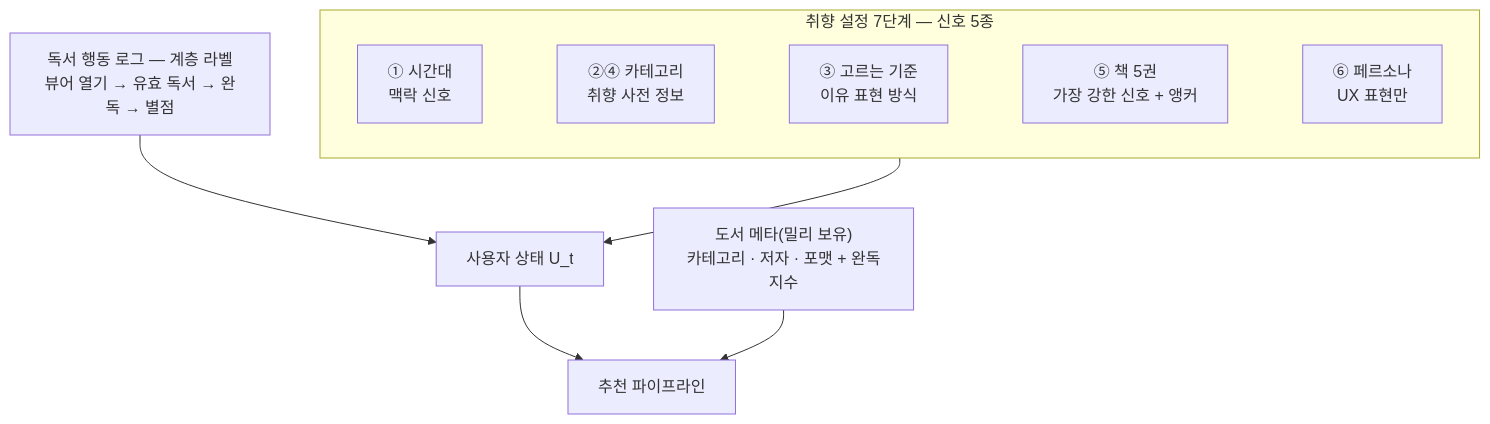
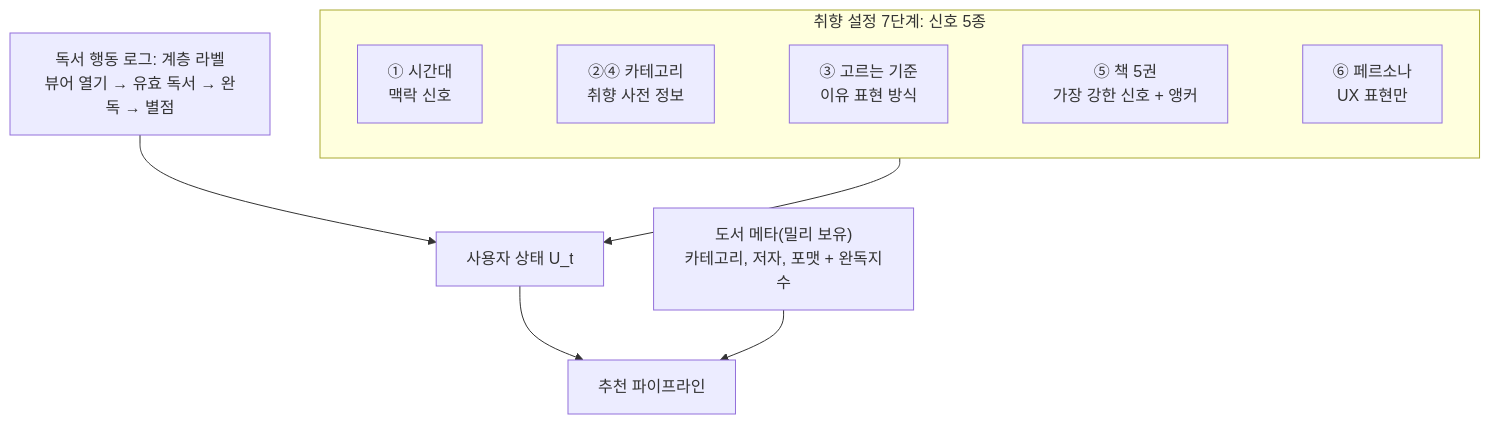
Before and after one commit to ShinWon-Chul/millie-rec: the first of 4 diagrams in report/draft.md, drawn with Mermaid. The commit also changed other lines of this file and 2 other files, not shown here.

Commit message:
docs(report): 원고 특수문자 제거 — em dash 38·middle dot 190을 쉼표·콜론·접속으로 재작성(숫자·표·mermaid 구조·필수 문장 불변, 3장 1,100·4장 1,146), 백업·Notion 가이드 동기화, 사용자 지시 09-06

````diff
--- a/report/draft.md
+++ b/report/draft.md
@@ -41,12 +41,12 @@
 ```mermaid
 flowchart TD
-    subgraph S["취향 설정 7단계 — 신호 5종"]
+    subgraph S["취향 설정 7단계: 신호 5종"]
         direction LR
         A["① 시간대<br/>맥락 신호"] ~~~ B["②④ 카테고리<br/>취향 사전 정보"] ~~~ C["③ 고르는 기준<br/>이유 표현 방식"] ~~~ D["⑤ 책 5권<br/>가장 강한 신호 + 앵커"] ~~~ E["⑥ 페르소나<br/>UX 표현만"]
     end
-    L["독서 행동 로그 — 계층 라벨<br/>뷰어 열기 → 유효 독서 → 완독 → 별점"]
-    G["도서 메타(밀리 보유)<br/>카테고리 · 저자 · 포맷 + 완독지수"]
+    L["독서 행동 로그: 계층 라벨<br/>뷰어 열기 → 유효 독서 → 완독 → 별점"]
+    G["도서 메타(밀리 보유)<br/>카테고리, 저자, 포맷 + 완독지수"]
     S --> U["사용자 상태 U_t"] --> P["추천 파이프라인"]
     L --> U
     G --> P
 ```
````
